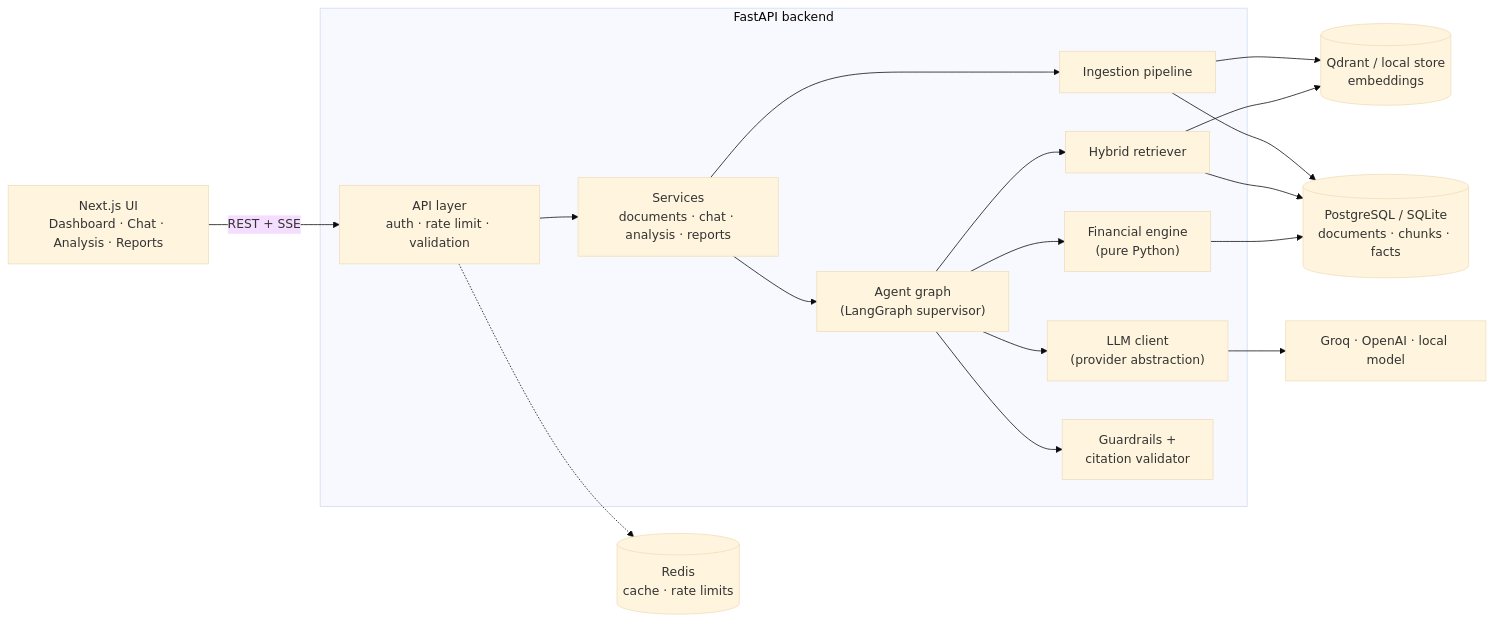
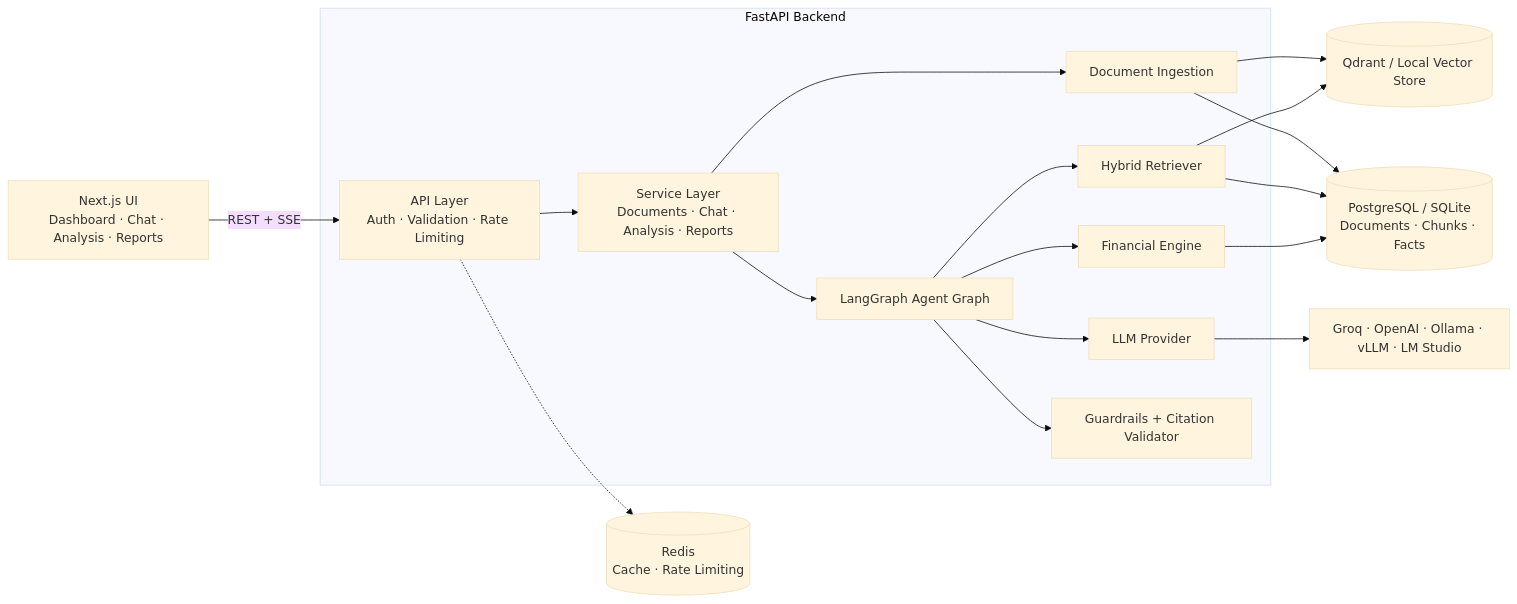
Before and after one commit to Niladri962/FinResearch-AI: the first of 5 diagrams in README.md, drawn with Mermaid (base theme). The commit also changed other lines of this file, not shown here.

````diff
--- a/README.md
+++ b/README.md
@@ -61,22 +354,34 @@
 ```mermaid
 flowchart LR
-    UI["Next.js UI<br/>Dashboard · Chat · Analysis · Reports"] -- "REST + SSE" --> API
 
-    subgraph Backend["FastAPI backend"]
-        API["API layer<br/>auth · rate limit · validation"] --> SVC["Services<br/>documents · chat · analysis · reports"]
-        SVC --> AG["Agent graph<br/>(LangGraph supervisor)"]
-        SVC --> ING["Ingestion pipeline"]
-        AG --> RET["Hybrid retriever"]
-        AG --> FIN["Financial engine<br/>(pure Python)"]
-        AG --> LLMC["LLM client<br/>(provider abstraction)"]
-        AG --> GR["Guardrails +<br/>citation validator"]
+    UI["Next.js UI<br/>Dashboard · Chat · Analysis · Reports"]
+        -- REST + SSE -->
+    API
+
+    subgraph Backend["FastAPI Backend"]
+
+        API["API Layer<br/>Auth · Validation · Rate Limiting"]
+            --> SVC["Service Layer<br/>Documents · Chat · Analysis · Reports"]
+
+        SVC --> AG["LangGraph Agent Graph"]
+        SVC --> ING["Document Ingestion"]
+
+        AG --> RET["Hybrid Retriever"]
+        AG --> FIN["Financial Engine"]
+        AG --> LLM["LLM Provider"]
+        AG --> GR["Guardrails + Citation Validator"]
+
     end
 
-    ING --> PG[("PostgreSQL / SQLite<br/>documents · chunks · facts")]
-    ING --> VS[("Qdrant / local store<br/>embeddings")]
+    ING --> DB[("PostgreSQL / SQLite<br/>Documents · Chunks · Facts")]
+    ING --> VS[("Qdrant / Local Vector Store")]
+
     RET --> VS
-    RET --> PG
-    FIN --> PG
-    LLMC --> EXT["Groq · OpenAI · local model"]
-    API -.-> RD[("Redis<br/>cache · rate limits")]
+    RET --> DB
+
+    FIN --> DB
+
+    LLM --> PROVIDER["Groq · OpenAI · Ollama · vLLM · LM Studio"]
+
+    API -.-> REDIS[("Redis<br/>Cache · Rate Limiting")]
 ```
````
